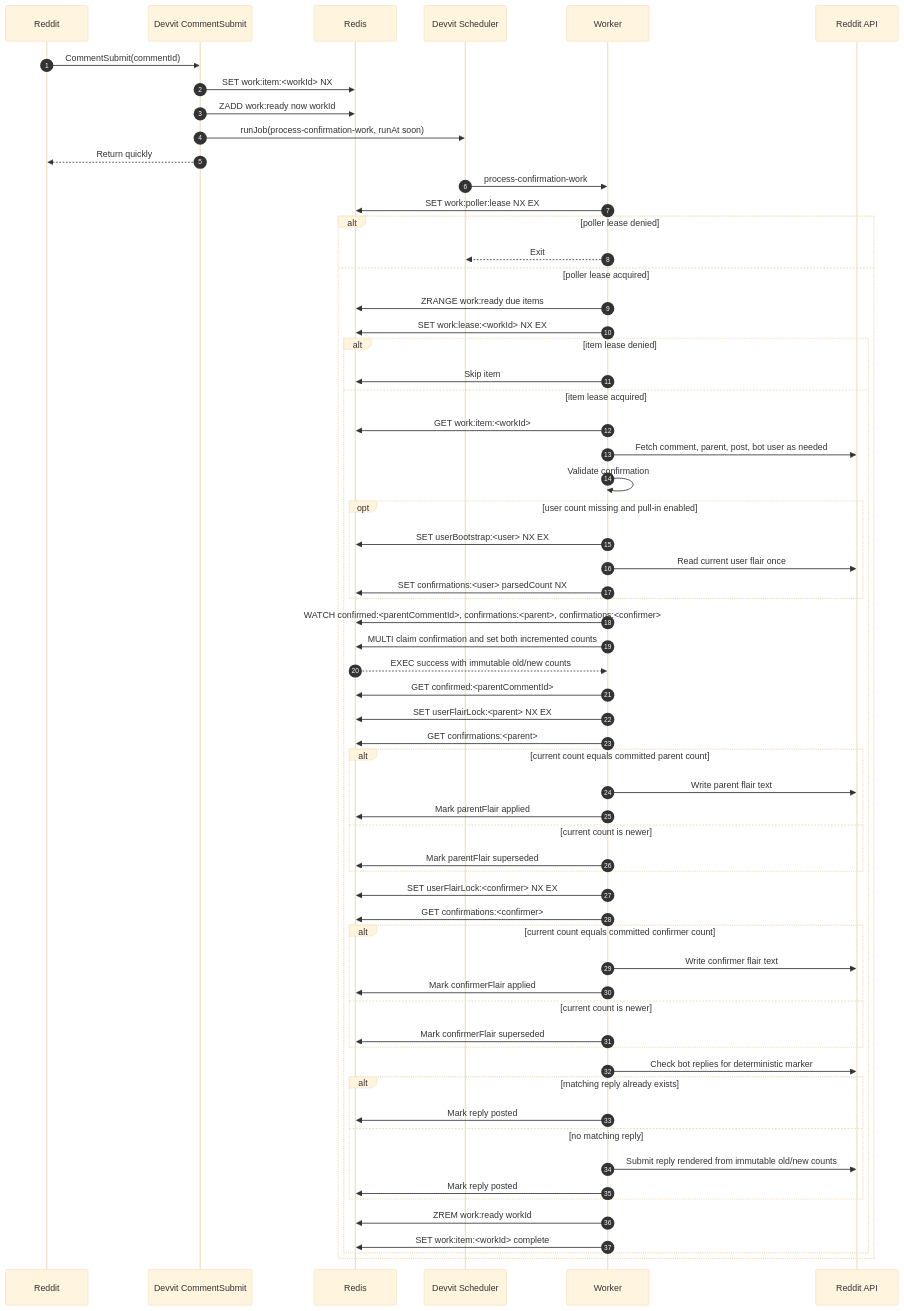
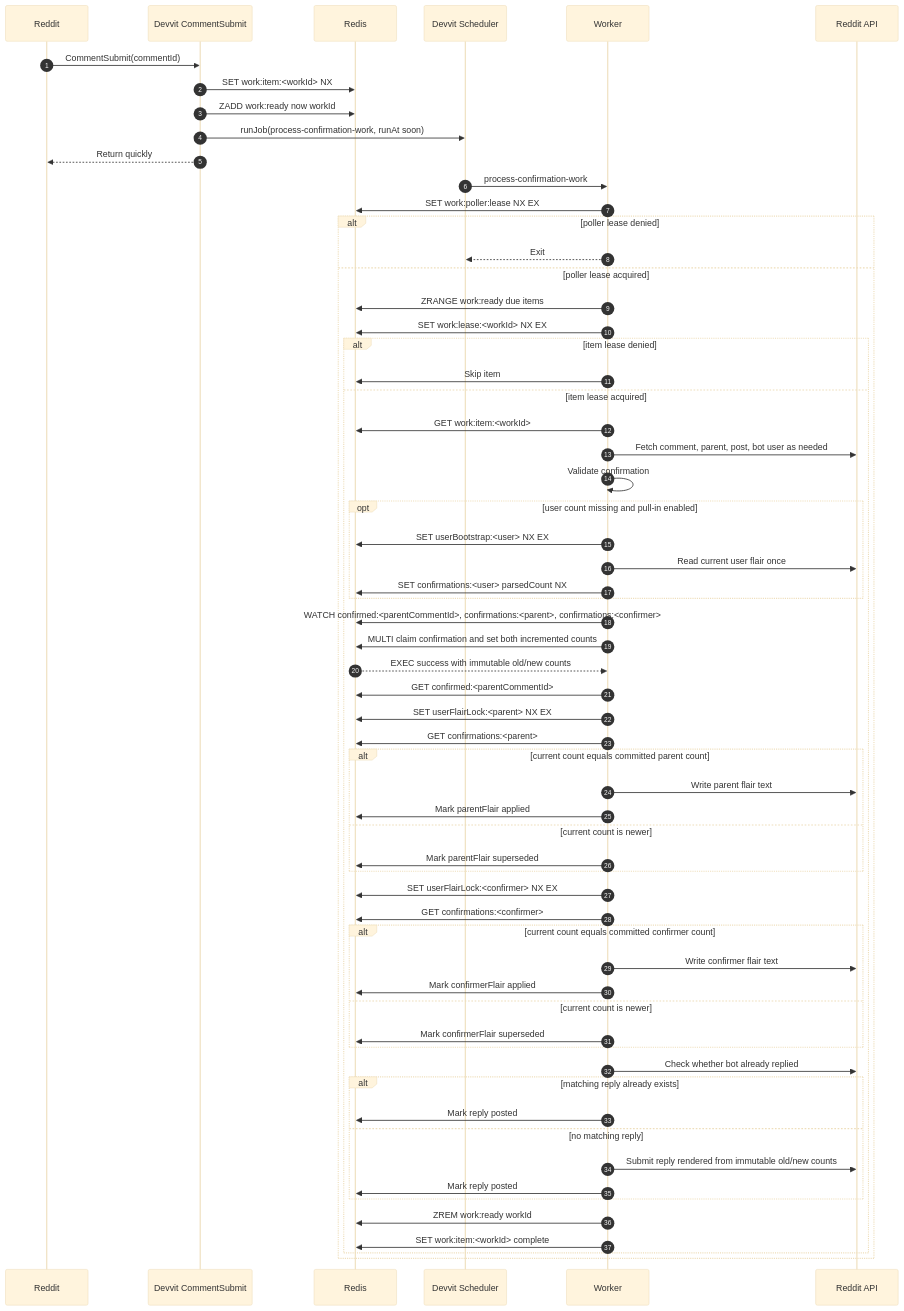
One commit to mikeacjones/reddit-trade-confirmation-bot-devvit changed the diagram in docs/durable-confirmation-workflow-plan.md. Above: the diagram before and after it, drawn with Mermaid (base theme). The commit also changed other lines of this file and 4 other files, not shown here.

````diff
--- a/docs/durable-confirmation-workflow-plan.md
+++ b/docs/durable-confirmation-workflow-plan.md
@@ -124,70 +124,70 @@
 ```mermaid
 sequenceDiagram
   autonumber
   participant Reddit
   participant Trigger as Devvit CommentSubmit
   participant Redis
   participant Scheduler as Devvit Scheduler
   participant Worker
   participant RedditAPI as Reddit API
 
   Reddit->>Trigger: CommentSubmit(commentId)
   Trigger->>Redis: SET work:item:<workId> NX
   Trigger->>Redis: ZADD work:ready now workId
   Trigger->>Scheduler: runJob(process-confirmation-work, runAt soon)
   Trigger-->>Reddit: Return quickly
 
   Scheduler->>Worker: process-confirmation-work
   Worker->>Redis: SET work:poller:lease NX EX
   alt poller lease denied
     Worker-->>Scheduler: Exit
   else poller lease acquired
     Worker->>Redis: ZRANGE work:ready due items
     Worker->>Redis: SET work:lease:<workId> NX EX
     alt item lease denied
       Worker->>Redis: Skip item
     else item lease acquired
       Worker->>Redis: GET work:item:<workId>
       Worker->>RedditAPI: Fetch comment, parent, post, bot user as needed
       Worker->>Worker: Validate confirmation
       opt user count missing and pull-in enabled
         Worker->>Redis: SET userBootstrap:<user> NX EX
         Worker->>RedditAPI: Read current user flair once
         Worker->>Redis: SET confirmations:<user> parsedCount NX
       end
       Worker->>Redis: WATCH confirmed:<parentCommentId>, confirmations:<parent>, confirmations:<confirmer>
       Worker->>Redis: MULTI claim confirmation and set both incremented counts
       Redis-->>Worker: EXEC success with immutable old/new counts
 
       Worker->>Redis: GET confirmed:<parentCommentId>
       Worker->>Redis: SET userFlairLock:<parent> NX EX
       Worker->>Redis: GET confirmations:<parent>
       alt current count equals committed parent count
         Worker->>RedditAPI: Write parent flair text
         Worker->>Redis: Mark parentFlair applied
       else current count is newer
         Worker->>Redis: Mark parentFlair superseded
       end
 
       Worker->>Redis: SET userFlairLock:<confirmer> NX EX
       Worker->>Redis: GET confirmations:<confirmer>
       alt current count equals committed confirmer count
         Worker->>RedditAPI: Write confirmer flair text
         Worker->>Redis: Mark confirmerFlair applied
       else current count is newer
         Worker->>Redis: Mark confirmerFlair superseded
       end
 
-      Worker->>RedditAPI: Check bot replies for deterministic marker
+      Worker->>RedditAPI: Check whether bot already replied
       alt matching reply already exists
         Worker->>Redis: Mark reply posted
       else no matching reply
         Worker->>RedditAPI: Submit reply rendered from immutable old/new counts
         Worker->>Redis: Mark reply posted
       end
 
       Worker->>Redis: ZREM work:ready workId
       Worker->>Redis: SET work:item:<workId> complete
     end
   end
 ```
````
